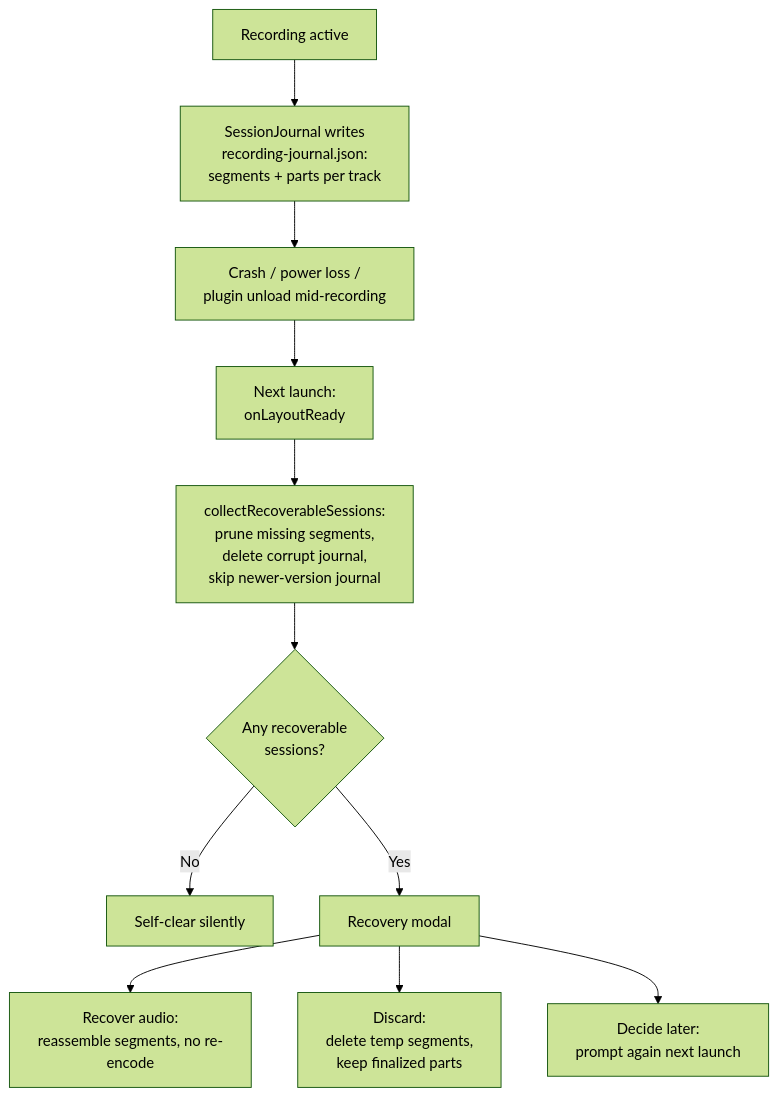
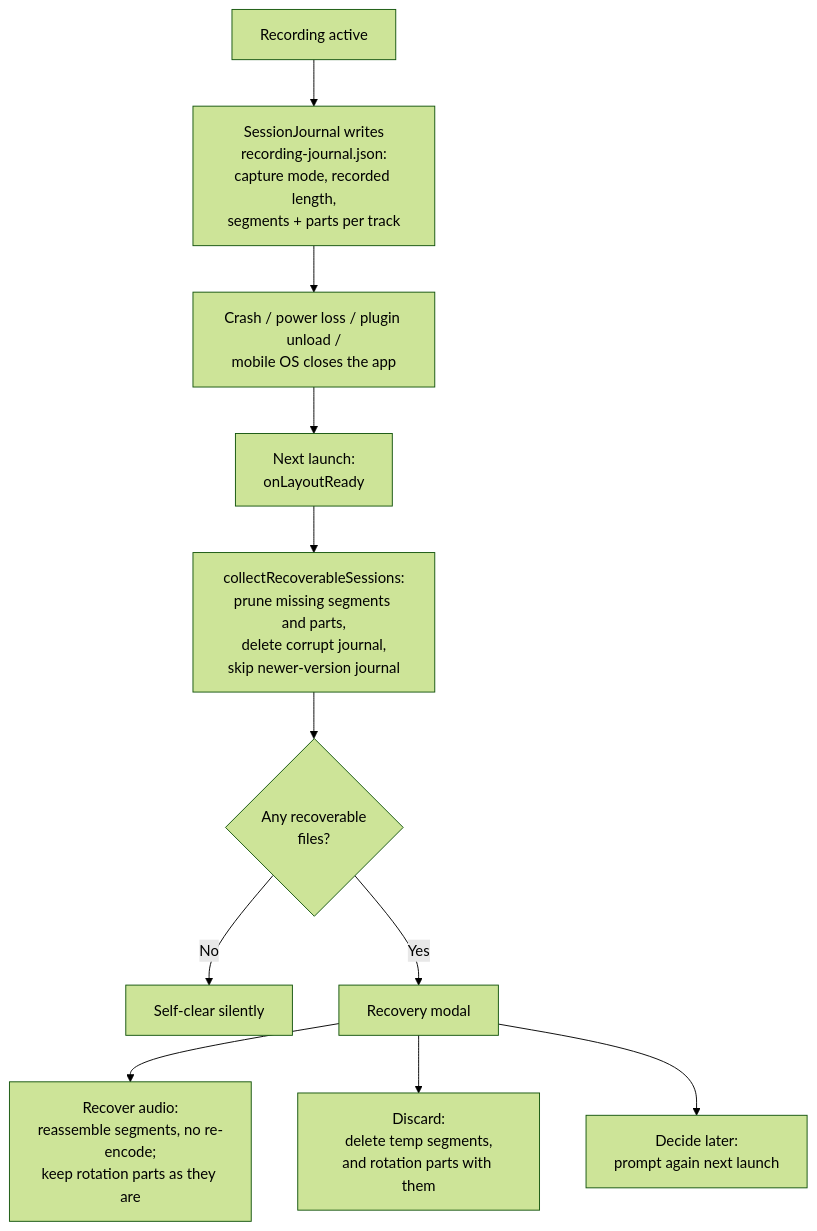
The sixth of 7 diagrams in docs/architecture.md (akhmialeuski/advanced-audio-recorder), drawn with Mermaid (forest theme) before and after one commit. The commit also changed other lines of this file and 25 other files, not shown here.

````diff
--- a/docs/architecture.md
+++ b/docs/architecture.md
@@ -313,14 +315,14 @@
 ```mermaid
 flowchart TD
-    REC[Recording active] --> JRN[SessionJournal writes<br/>recording-journal.json:<br/>segments + parts per track]
-    JRN --> CRASH[Crash / power loss /<br/>plugin unload mid-recording]
+    REC[Recording active] --> JRN[SessionJournal writes<br/>recording-journal.json:<br/>capture mode, recorded length,<br/>segments + parts per track]
+    JRN --> CRASH[Crash / power loss / plugin unload /<br/>mobile OS closes the app]
     CRASH --> LAUNCH[Next launch:<br/>onLayoutReady]
-    LAUNCH --> COLLECT[collectRecoverableSessions:<br/>prune missing segments,<br/>delete corrupt journal,<br/>skip newer-version journal]
-    COLLECT --> ANY{Any recoverable<br/>sessions?}
+    LAUNCH --> COLLECT[collectRecoverableSessions:<br/>prune missing segments and parts,<br/>delete corrupt journal,<br/>skip newer-version journal]
+    COLLECT --> ANY{Any recoverable<br/>files?}
     ANY -->|No| NONE[Self-clear silently]
     ANY -->|Yes| MODAL[Recovery modal]
 
-    MODAL --> RECOVER[Recover audio:<br/>reassemble segments, no re-encode]
-    MODAL --> DISCARD[Discard:<br/>delete temp segments,<br/>keep finalized parts]
+    MODAL --> RECOVER[Recover audio:<br/>reassemble segments, no re-encode;<br/>keep rotation parts as they are]
+    MODAL --> DISCARD[Discard:<br/>delete temp segments,<br/>and rotation parts with them]
     MODAL --> LATER[Decide later:<br/>prompt again next launch]
 ```
````
